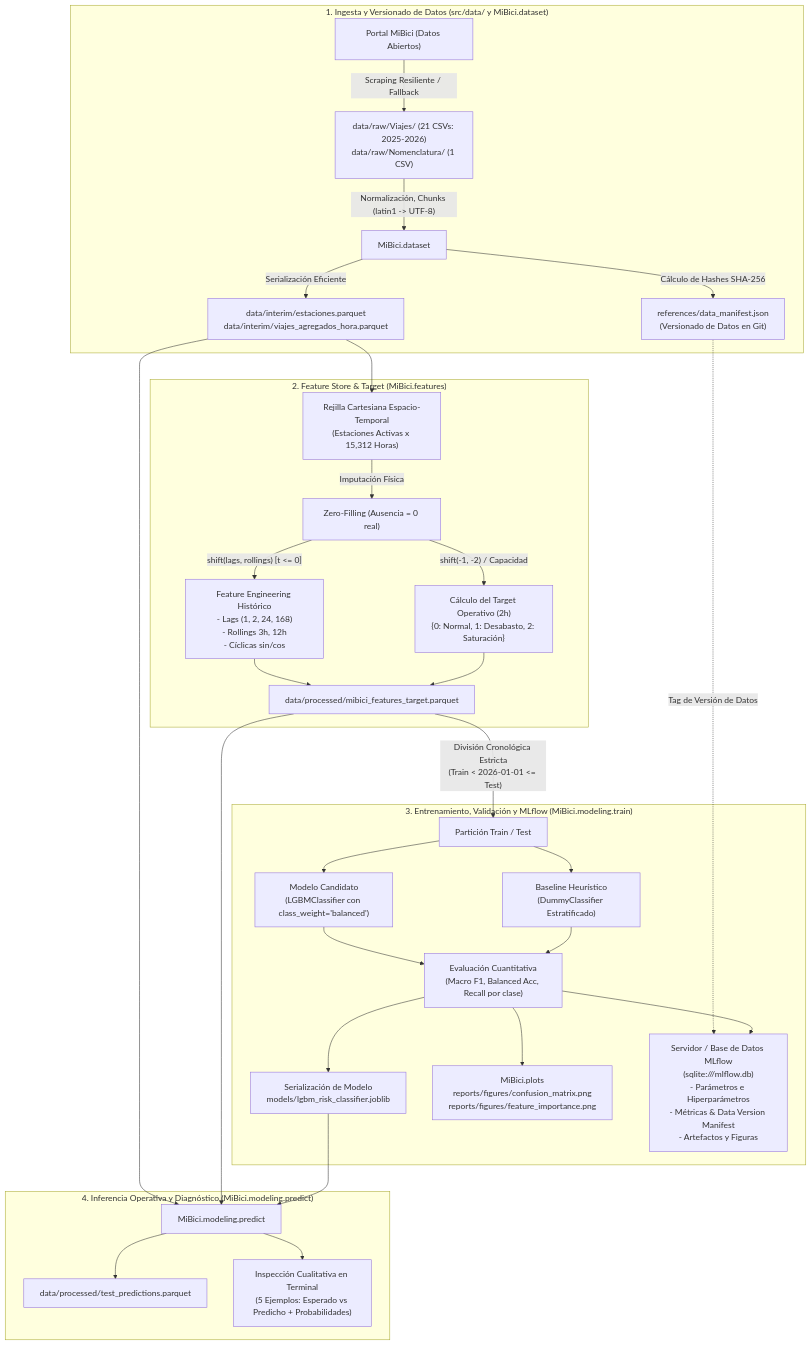
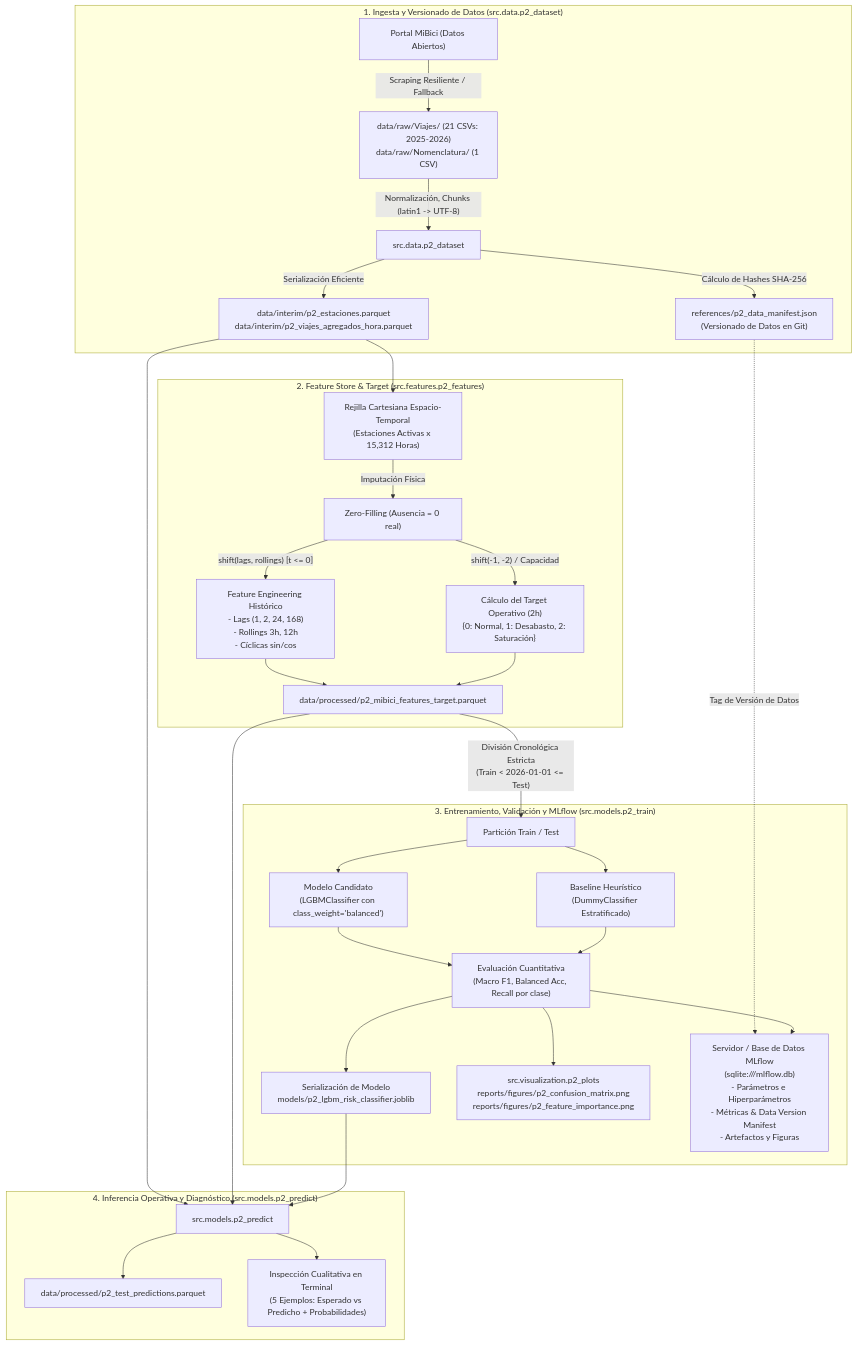
Before and after one commit to Diegob059/MLOps_Equipo30: the diagram in MLOps_Equipo30/references/p2_architecture_diagram.md, drawn with Mermaid. The commit also changed other lines of this file and 32 other files, not shown here.

````diff
--- a/MLOps_Equipo30/references/p2_architecture_diagram.md
+++ b/MLOps_Equipo30/references/p2_architecture_diagram.md
@@ -9,38 +9,38 @@
 ```mermaid
 flowchart TD
-    subgraph S1["1. Ingesta y Versionado de Datos (src/data/ y MiBici.dataset)"]
+    subgraph S1["1. Ingesta y Versionado de Datos (src.data.p2_dataset)"]
         A["Portal MiBici (Datos Abiertos)"] -->|"Scraping Resiliente / Fallback"| B["data/raw/Viajes/ (21 CSVs: 2025-2026)<br/>data/raw/Nomenclatura/ (1 CSV)"]
-        B -->|"Normalización, Chunks (latin1 -> UTF-8)"| C["MiBici.dataset"]
-        C -->|"Serialización Eficiente"| D["data/interim/estaciones.parquet<br/>data/interim/viajes_agregados_hora.parquet"]
-        C -->|"Cálculo de Hashes SHA-256"| E["references/data_manifest.json<br/>(Versionado de Datos en Git)"]
+        B -->|"Normalización, Chunks (latin1 -> UTF-8)"| C["src.data.p2_dataset"]
+        C -->|"Serialización Eficiente"| D["data/interim/p2_estaciones.parquet<br/>data/interim/p2_viajes_agregados_hora.parquet"]
+        C -->|"Cálculo de Hashes SHA-256"| E["references/p2_data_manifest.json<br/>(Versionado de Datos en Git)"]
     end
 
-    subgraph S2["2. Feature Store & Target (MiBici.features)"]
+    subgraph S2["2. Feature Store & Target (src.features.p2_features)"]
         D --> F["Rejilla Cartesiana Espacio-Temporal<br/>(Estaciones Activas x 15,312 Horas)"]
         F -->|"Imputación Física"| G["Zero-Filling (Ausencia = 0 real)"]
         G -->|"shift(-1, -2) / Capacidad"| H["Cálculo del Target Operativo (2h)<br/>{0: Normal, 1: Desabasto, 2: Saturación}"]
         G -->|"shift(lags, rollings) [t <= 0]"| I["Feature Engineering Histórico<br/>- Lags (1, 2, 24, 168)<br/>- Rollings 3h, 12h<br/>- Cíclicas sin/cos"]
-        H --> J["data/processed/mibici_features_target.parquet"]
+        H --> J["data/processed/p2_mibici_features_target.parquet"]
         I --> J
     end
 
-    subgraph S3["3. Entrenamiento, Validación y MLflow (MiBici.modeling.train)"]
+    subgraph S3["3. Entrenamiento, Validación y MLflow (src.models.p2_train)"]
         J -->|"División Cronológica Estricta<br/>(Train < 2026-01-01 <= Test)"| K["Partición Train / Test"]
         K --> L["Baseline Heurístico<br/>(DummyClassifier Estratificado)"]
         K --> M["Modelo Candidato<br/>(LGBMClassifier con class_weight='balanced')"]
         L --> N["Evaluación Cuantitativa<br/>(Macro F1, Balanced Acc, Recall por clase)"]
         M --> N
-        N --> O["Serialización de Modelo<br/>models/lgbm_risk_classifier.joblib"]
-        N --> P["MiBici.plots<br/>reports/figures/confusion_matrix.png<br/>reports/figures/feature_importance.png"]
+        N --> O["Serialización de Modelo<br/>models/p2_lgbm_risk_classifier.joblib"]
+        N --> P["src.visualization.p2_plots<br/>reports/figures/p2_confusion_matrix.png<br/>reports/figures/p2_feature_importance.png"]
         N --> Q["Servidor / Base de Datos MLflow<br/>(sqlite:///mlflow.db)<br/>- Parámetros e Hiperparámetros<br/>- Métricas & Data Version Manifest<br/>- Artefactos y Figuras"]
         E -.->|"Tag de Versión de Datos"| Q
     end
 
-    subgraph S4["4. Inferencia Operativa y Diagnóstico (MiBici.modeling.predict)"]
-        O --> R["MiBici.modeling.predict"]
+    subgraph S4["4. Inferencia Operativa y Diagnóstico (src.models.p2_predict)"]
+        O --> R["src.models.p2_predict"]
         J --> R
         D --> R
-        R --> S["data/processed/test_predictions.parquet"]
+        R --> S["data/processed/p2_test_predictions.parquet"]
         R --> T["Inspección Cualitativa en Terminal<br/>(5 Ejemplos: Esperado vs Predicho + Probabilidades)"]
     end
 ```
````
